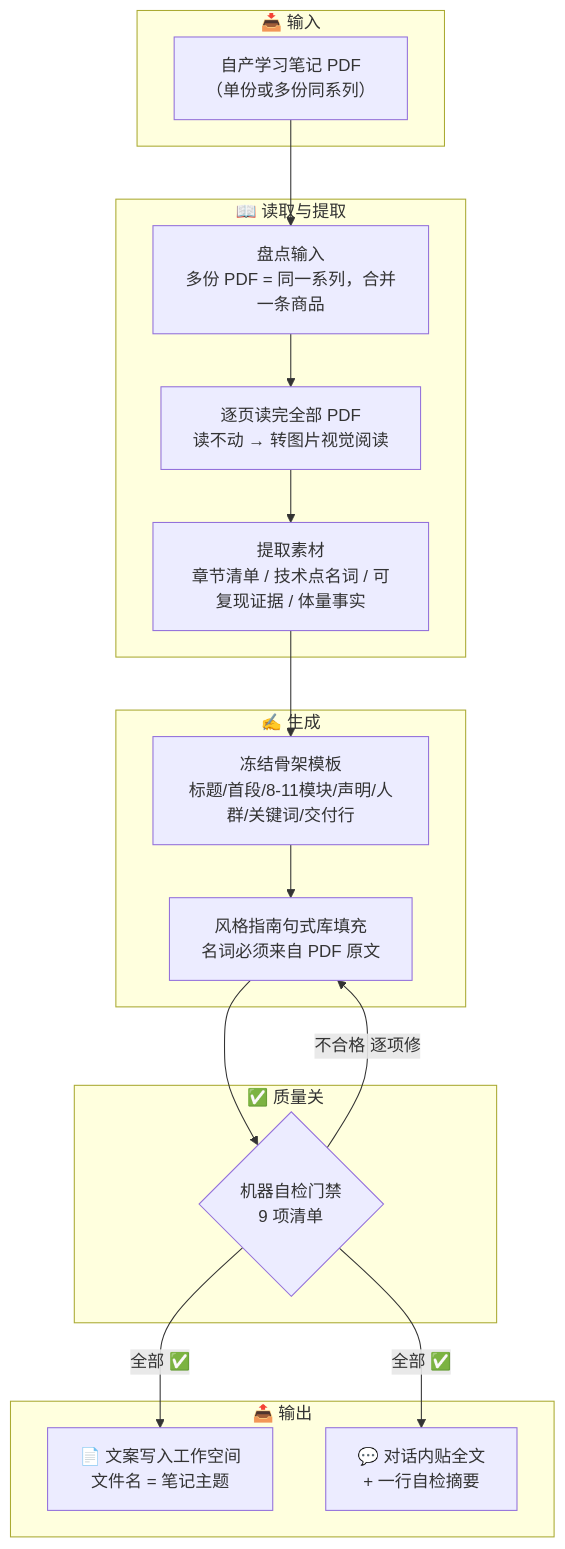
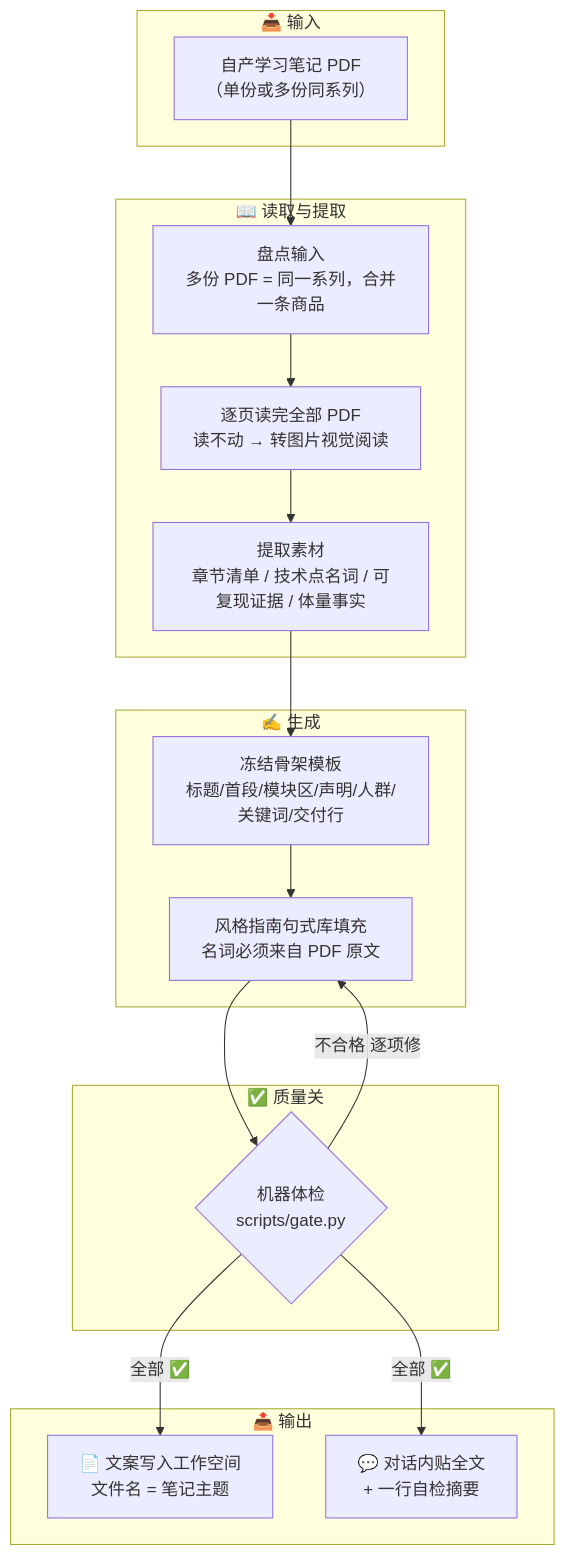
Before and after one commit to WeatherCore/xianyu-copywriting: the diagram in README.md, drawn with Mermaid. The commit also changed other lines of this file, not shown here.

````diff
--- a/README.md
+++ b/README.md
@@ -48,31 +50,31 @@
 ```mermaid
 flowchart TB
     subgraph 输入["📥 输入"]
         PDF["自产学习笔记 PDF<br/>（单份或多份同系列）"]
     end
 
     subgraph 读取["📖 读取与提取"]
         INV["盘点输入<br/>多份 PDF = 同一系列，合并一条商品"]
         READ["逐页读完全部 PDF<br/>读不动 → 转图片视觉阅读"]
         EXTRACT["提取素材<br/>章节清单 / 技术点名词 / 可复现证据 / 体量事实"]
     end
 
     subgraph 生成["✍️ 生成"]
-        SKELETON["冻结骨架模板<br/>标题/首段/8-11模块/声明/人群/关键词/交付行"]
+        SKELETON["冻结骨架模板<br/>标题/首段/模块区/声明/人群/关键词/交付行"]
         FILL["风格指南句式库填充<br/>名词必须来自 PDF 原文"]
     end
 
     subgraph 门禁["✅ 质量关"]
-        CHECK{机器自检门禁<br/>9 项清单}
+        CHECK{机器体检<br/>scripts/gate.py}
     end
 
     subgraph 输出["📤 输出"]
         FILE["📄 文案写入工作空间<br/>文件名 = 笔记主题"]
         CHAT["💬 对话内贴全文<br/>+ 一行自检摘要"]
     end
 
     PDF --> INV --> READ --> EXTRACT --> SKELETON --> FILL --> CHECK
     CHECK -->|不合格 逐项修| FILL
     CHECK -->|全部 ✅| FILE
     CHECK -->|全部 ✅| CHAT
 ```
````
